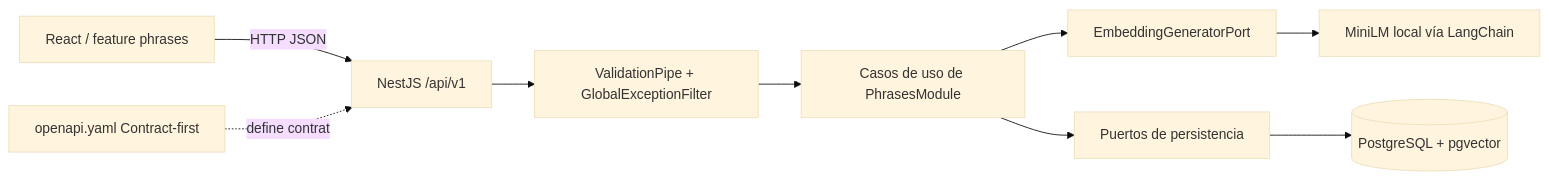
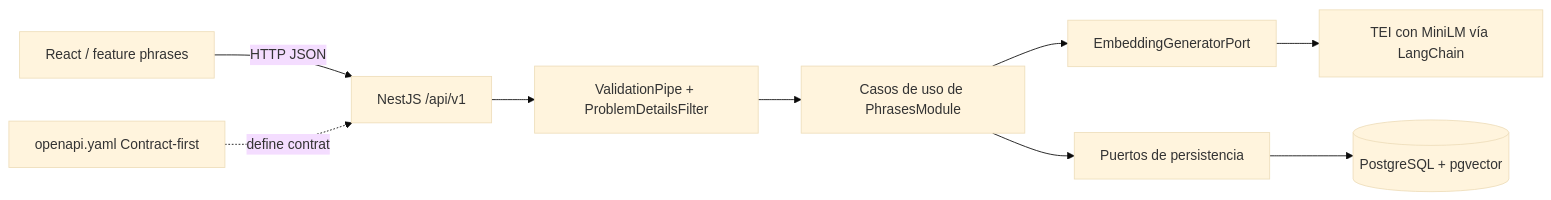
One commit to eduardoquispe/semantic-phrase-app changed the second of 3 diagrams in docs/03-architecture/06-api-security.md. Above: the diagram before and after it, drawn with Mermaid (base theme). The commit also changed other lines of this file and 13 other files, not shown here.

````diff
--- a/docs/03-architecture/06-api-security.md
+++ b/docs/03-architecture/06-api-security.md
@@ -294,11 +288,11 @@
 ```mermaid
 flowchart LR
     FE[React / feature phrases] -->|HTTP JSON| API[NestJS /api/v1]
-    API --> GP[ValidationPipe + GlobalExceptionFilter]
+    API --> GP[ValidationPipe + ProblemDetailsFilter]
     GP --> UC[Casos de uso de PhrasesModule]
     UC --> IA[EmbeddingGeneratorPort]
     UC --> REPO[Puertos de persistencia]
-    IA --> M[MiniLM local vía LangChain]
+    IA --> M[TEI con MiniLM vía LangChain]
     REPO --> DB[(PostgreSQL + pgvector)]
     SPEC[openapi.yaml Contract-first] -.define contrato.-> API
 ```
````
